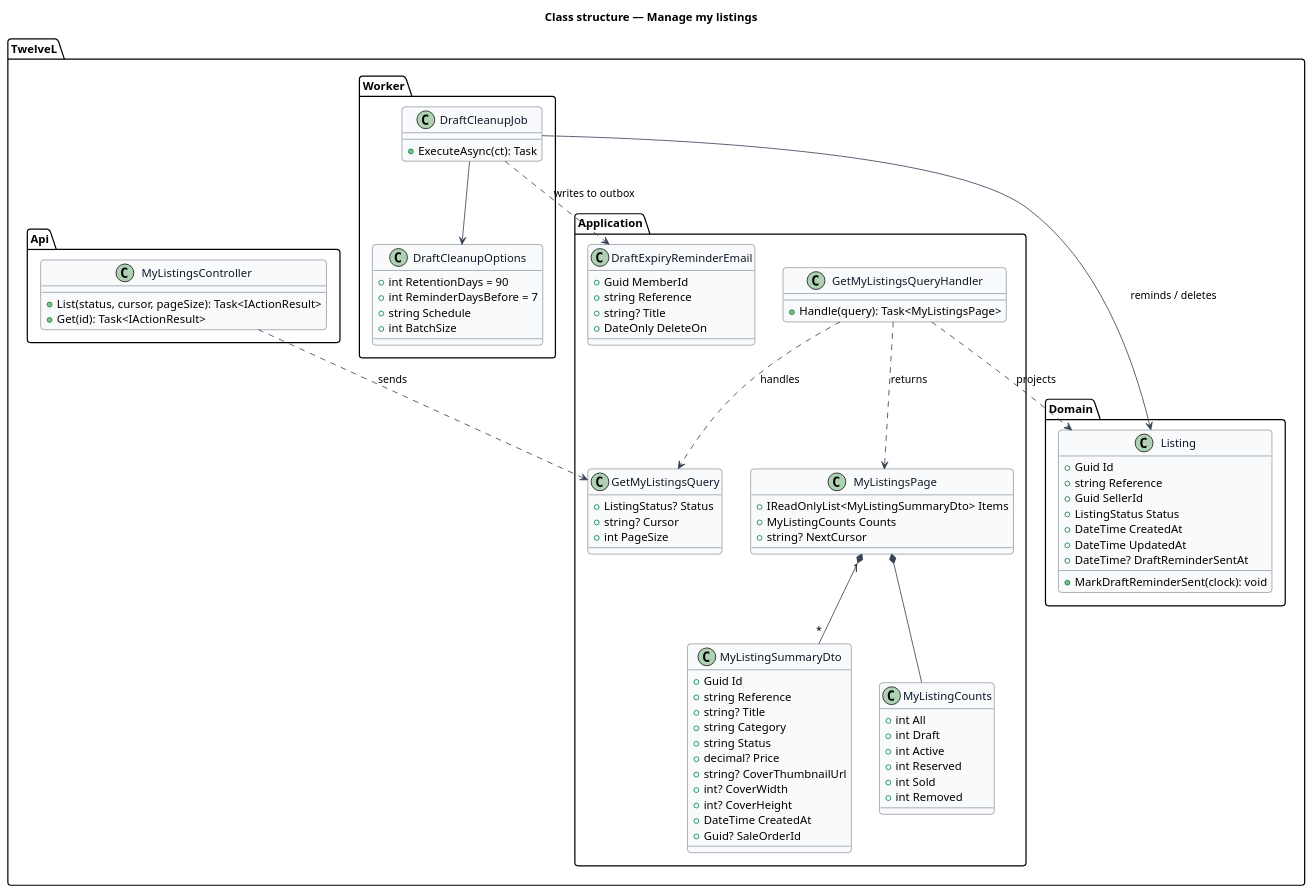
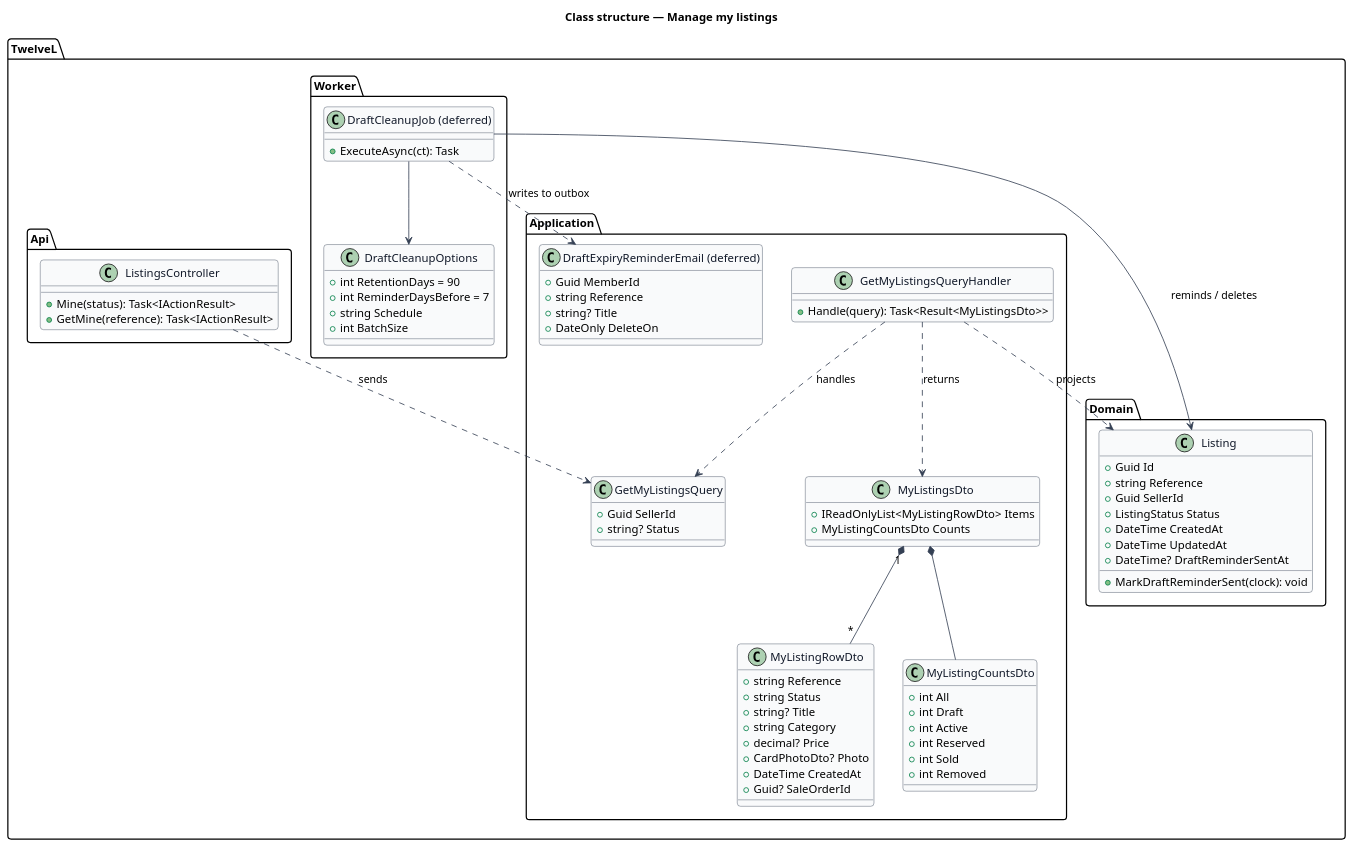
The diagram in docs/detailed-designs/listings/manage-my-listings/diagrams/class-structure.puml (QuinntyneBrown/12l), drawn with PlantUML before and after one commit. The commit also changed 69 other files, not shown here.

```diff
--- a/docs/detailed-designs/listings/manage-my-listings/diagrams/class-structure.puml
+++ b/docs/detailed-designs/listings/manage-my-listings/diagrams/class-structure.puml
@@ -1,98 +1,93 @@
 @startuml
 skinparam backgroundColor #FFFFFF
 skinparam shadowing false
 skinparam roundcorner 8
 skinparam defaultFontName Arial
 skinparam ArrowColor #344054
 skinparam class {
   BorderColor #344054
   FontColor #101828
   BackgroundColor #F9FAFB
 }
 title Class structure — Manage my listings
 
 package "TwelveL.Application" {
   class GetMyListingsQuery {
-    +ListingStatus? Status
-    +string? Cursor
-    +int PageSize
+    +Guid SellerId
+    +string? Status
   }
   class GetMyListingsQueryHandler {
-    +Handle(query): Task<MyListingsPage>
+    +Handle(query): Task<Result<MyListingsDto>>
   }
-  class MyListingsPage {
-    +IReadOnlyList<MyListingSummaryDto> Items
-    +MyListingCounts Counts
-    +string? NextCursor
+  class MyListingsDto {
+    +IReadOnlyList<MyListingRowDto> Items
+    +MyListingCountsDto Counts
   }
-  class MyListingSummaryDto {
-    +Guid Id
+  class MyListingRowDto {
     +string Reference
+    +string Status
     +string? Title
     +string Category
-    +string Status
     +decimal? Price
-    +string? CoverThumbnailUrl
-    +int? CoverWidth
-    +int? CoverHeight
+    +CardPhotoDto? Photo
     +DateTime CreatedAt
     +Guid? SaleOrderId
   }
-  class MyListingCounts {
+  class MyListingCountsDto {
     +int All
     +int Draft
     +int Active
     +int Reserved
     +int Sold
     +int Removed
   }
-  class DraftExpiryReminderEmail {
+  class "DraftExpiryReminderEmail (deferred)" as DraftExpiryReminderEmail {
     +Guid MemberId
     +string Reference
     +string? Title
     +DateOnly DeleteOn
   }
 }
 
 package "TwelveL.Domain" {
   class Listing {
     +Guid Id
     +string Reference
     +Guid SellerId
     +ListingStatus Status
     +DateTime CreatedAt
     +DateTime UpdatedAt
     +DateTime? DraftReminderSentAt
     +MarkDraftReminderSent(clock): void
   }
 }
 
 package "TwelveL.Worker" {
-  class DraftCleanupJob {
+  class "DraftCleanupJob (deferred)" as DraftCleanupJob {
     +ExecuteAsync(ct): Task
   }
   class DraftCleanupOptions {
     +int RetentionDays = 90
     +int ReminderDaysBefore = 7
     +string Schedule
     +int BatchSize
   }
 }
 
 package "TwelveL.Api" {
-  class MyListingsController {
-    +List(status, cursor, pageSize): Task<IActionResult>
-    +Get(id): Task<IActionResult>
+  class ListingsController {
+    +Mine(status): Task<IActionResult>
+    +GetMine(reference): Task<IActionResult>
   }
 }
 
-MyListingsController ..> GetMyListingsQuery : sends
+ListingsController ..> GetMyListingsQuery : sends
 GetMyListingsQueryHandler ..> GetMyListingsQuery : handles
-GetMyListingsQueryHandler ..> MyListingsPage : returns
-MyListingsPage "1" *-- "*" MyListingSummaryDto
-MyListingsPage *-- MyListingCounts
+GetMyListingsQueryHandler ..> MyListingsDto : returns
+MyListingsDto "1" *-- "*" MyListingRowDto
+MyListingsDto *-- MyListingCountsDto
 GetMyListingsQueryHandler ..> Listing : projects
 DraftCleanupJob --> Listing : reminds / deletes
 DraftCleanupJob ..> DraftExpiryReminderEmail : writes to outbox
 DraftCleanupJob --> DraftCleanupOptions
 @enduml
```
